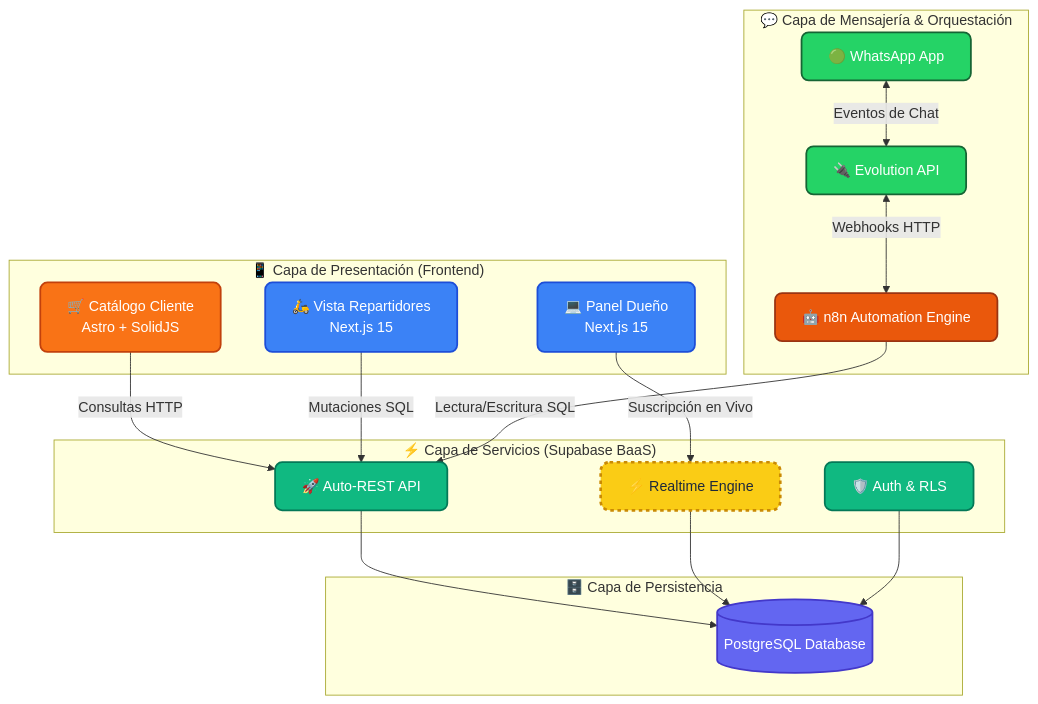
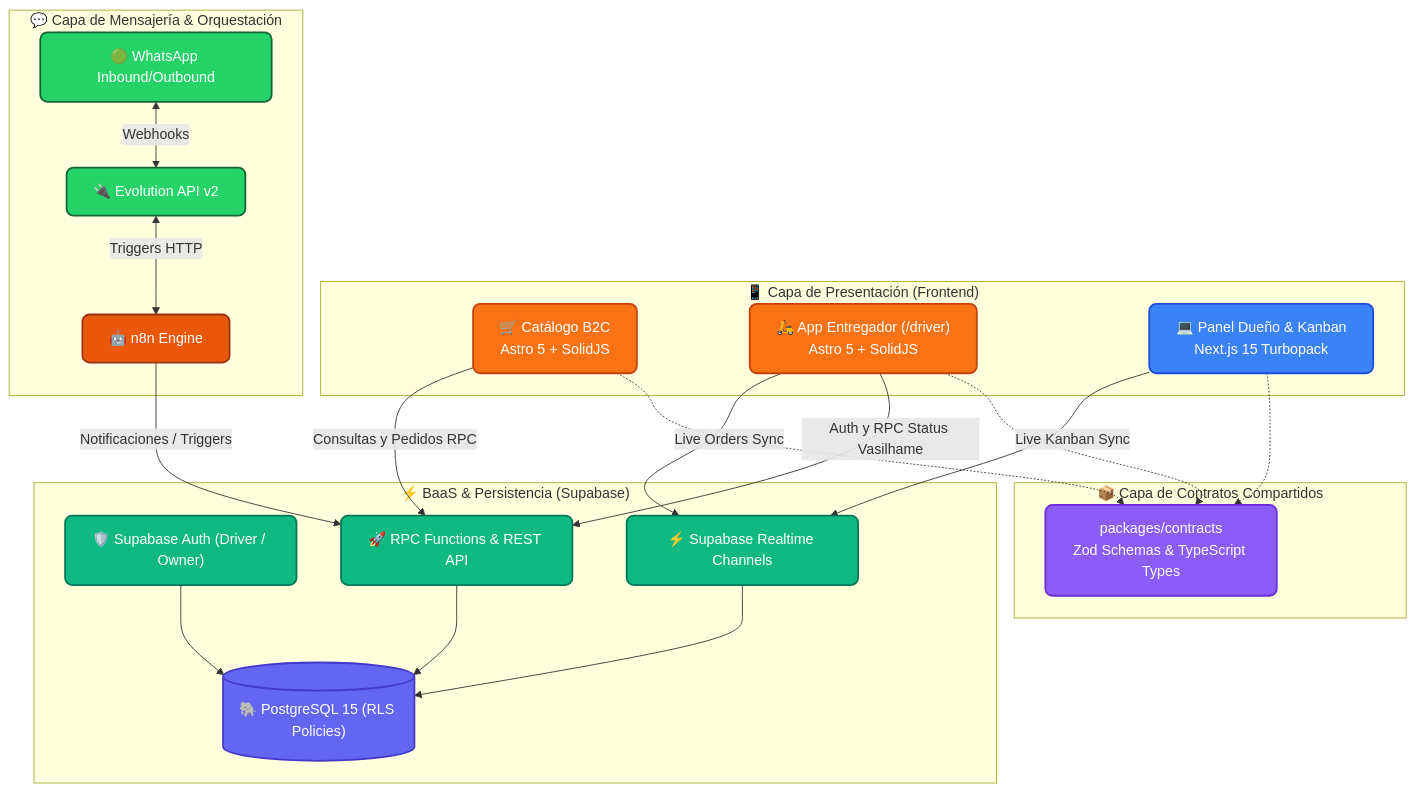
Before and after one commit to arcavcwb/center-gas: the diagram in README.md, drawn with Mermaid. The commit also changed other lines of this file and 8 other files, not shown here.

````diff
--- a/README.md
+++ b/README.md
@@ -58,42 +76,47 @@
 ```mermaid
 graph TD
-    %% Custom Premium Styles (Nano Banana Level 🍌)
     classDef frontend fill:#3b82f6,stroke:#1d4ed8,stroke-width:2px,color:#fff,rx:8,ry:8;
     classDef astro fill:#f97316,stroke:#c2410c,stroke-width:2px,color:#fff,rx:8,ry:8;
     classDef whatsapp fill:#25d366,stroke:#166534,stroke-width:2px,color:#fff,rx:8,ry:8;
     classDef n8n fill:#ea580c,stroke:#9a3412,stroke-width:2px,color:#fff,rx:8,ry:8;
     classDef supabase fill:#10b981,stroke:#047857,stroke-width:2px,color:#fff,rx:8,ry:8;
     classDef database fill:#6366f1,stroke:#4338ca,stroke-width:2px,color:#fff,rx:8,ry:8;
-    classDef banana fill:#facc15,stroke:#ca8a04,stroke-width:3px,color:#1e293b,rx:10,ry:10,stroke-dasharray: 4 4;
+    classDef contracts fill:#8b5cf6,stroke:#6d28d9,stroke-width:2px,color:#fff,rx:8,ry:8;
 
     subgraph "📱 Capa de Presentación (Frontend)"
-        C[🛒 Catálogo Cliente<br>Astro + SolidJS]:::astro
-        P[💻 Panel Dueño<br>Next.js 15]:::frontend
-        R[🛵 Vista Repartidores<br>Next.js 15]:::frontend
+        C["🛒 Catálogo B2C<br/>Astro 5 + SolidJS"]:::astro
+        R["🛵 App Entregador (/driver)<br/>Astro 5 + SolidJS"]:::astro
+        P["💻 Panel Dueño & Kanban<br/>Next.js 15 Turbopack"]:::frontend
+    end
+
+    subgraph "📦 Capa de Contratos Compartidos"
+        Z["packages/contracts<br/>Zod Schemas & TypeScript Types"]:::contracts
     end
 
     subgraph "💬 Capa de Mensajería & Orquestación"
-        WA[🟢 WhatsApp App]:::whatsapp <-->|Eventos de Chat| WHAM[🔌 Evolution API]:::whatsapp
-        WHAM <-->|Webhooks HTTP| N8N[🤖 n8n Automation Engine]:::n8n
+        WA["🟢 WhatsApp Inbound/Outbound"]:::whatsapp <-->|Webhooks| EVO["🔌 Evolution API v2"]:::whatsapp
+        EVO <-->|Triggers HTTP| N8N["🤖 n8n Engine"]:::n8n
     end
 
-    subgraph "⚡ Capa de Servicios (Supabase BaaS)"
-        S_API[🚀 Auto-REST API]:::supabase
-        S_RT[⚡ Realtime Engine]:::banana
-        S_AUTH[🛡️ Auth & RLS]:::supabase
-    end
-
-    subgraph "🗄️ Capa de Persistencia"
-        DB[(PostgreSQL Database)]:::database
+    subgraph "⚡ BaaS & Persistencia (Supabase)"
+        S_AUTH["🛡️ Supabase Auth (Driver / Owner)"]:::supabase
+        S_API["🚀 RPC Functions & REST API"]:::supabase
+        S_RT["⚡ Supabase Realtime Channels"]:::supabase
+        DB[("🐘 PostgreSQL 15 (RLS Policies)")]:::database
     end
 
     %% Relaciones
-    C -->|Consultas HTTP| S_API
-    P -->|Suscripción en Vivo| S_RT
-    R -->|Mutaciones SQL| S_API
+    C -.-> Z
+    R -.-> Z
+    P -.-> Z
+    
+    C -->|Consultas y Pedidos RPC| S_API
+    R -->|Auth y RPC Status Vasilhame| S_API
+    R -->|Live Orders Sync| S_RT
+    P -->|Live Kanban Sync| S_RT
+    N8N -->|Notificaciones / Triggers| S_API
 
-    N8N -->|Lectura/Escritura SQL| S_API
     S_API --> DB
     S_RT --> DB
     S_AUTH --> DB
 ```
````
